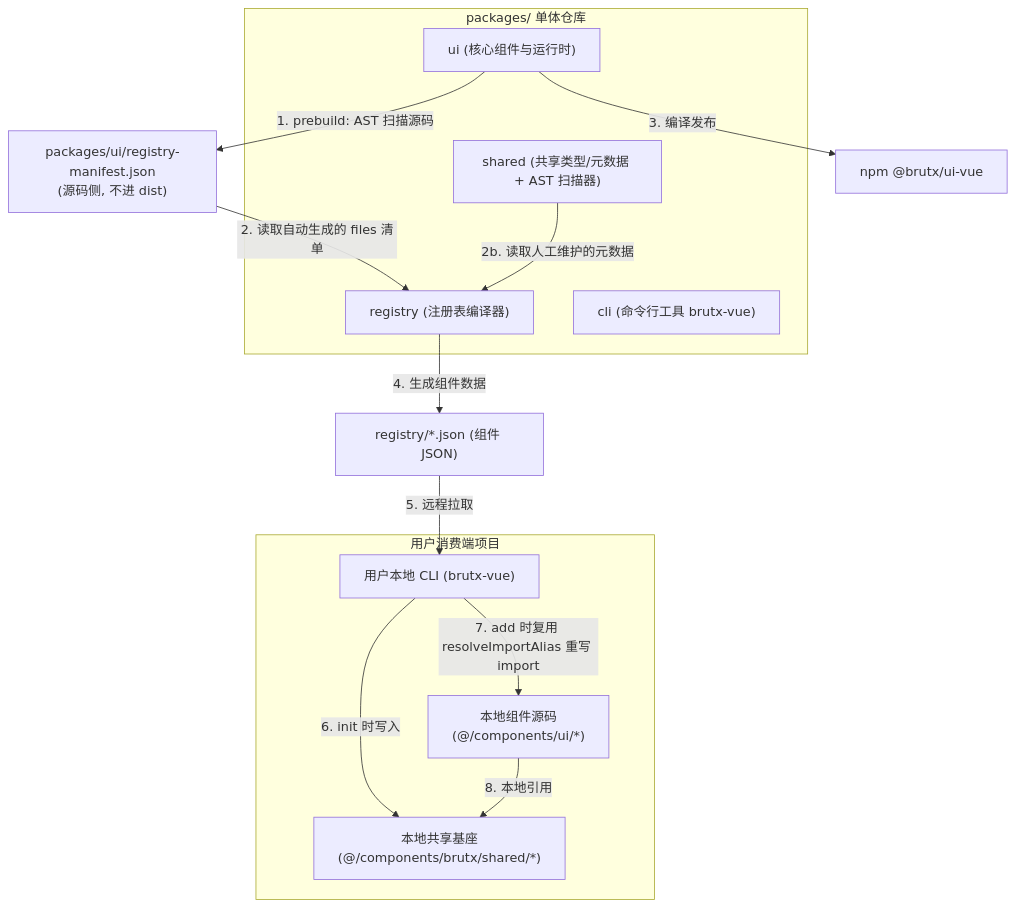
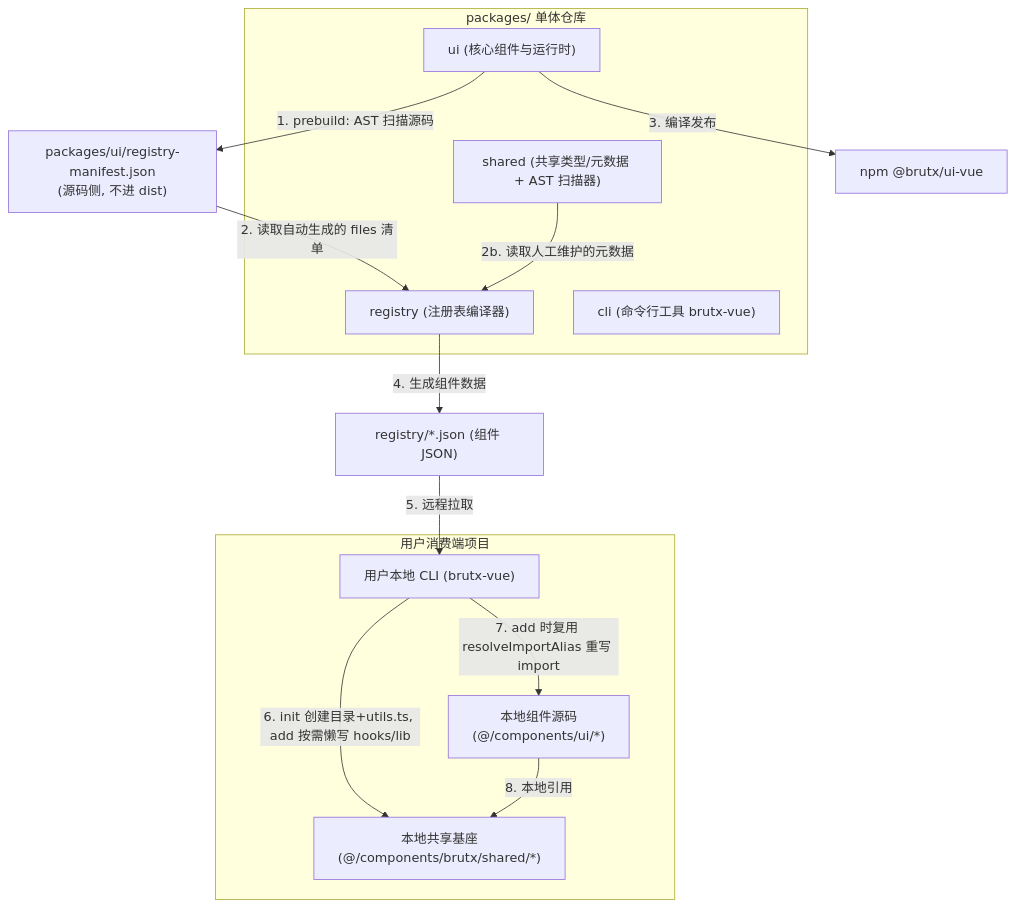
Before and after one commit to lidaixingchen/brutxui-vue3: the diagram in docs/ARCHITECTURE_OPTIMIZATION_PLAN.md, drawn with Mermaid. The commit also changed other lines of this file and 11 other files, not shown here.

````diff
--- a/docs/ARCHITECTURE_OPTIMIZATION_PLAN.md
+++ b/docs/ARCHITECTURE_OPTIMIZATION_PLAN.md
@@ -13,29 +13,29 @@
 ```mermaid
 graph TD
     %% 核心开发层
     subgraph Packages [packages/ 单体仓库]
         UI["ui (核心组件与运行时)"]
         Shared["shared (共享类型/元数据 + AST 扫描器)"]
         Registry["registry (注册表编译器)"]
         CLI["cli (命令行工具 brutx-vue)"]
     end
 
     %% 构建与分发
     UI -->|1. prebuild: AST 扫描源码| Manifest["packages/ui/registry-manifest.json<br/>(源码侧, 不进 dist)"]
     Manifest -->|2. 读取自动生成的 files 清单| Registry
     Shared -->|2b. 读取人工维护的元数据| Registry
     UI -->|3. 编译发布| NPM["npm @brutx/ui-vue"]
     Registry -->|4. 生成组件数据| RegistryJSONs["registry/*.json (组件 JSON)"]
 
     %% 用户项目层
     subgraph UserProject [用户消费端项目]
        UserCLI["用户本地 CLI (brutx-vue)"]
        UserShared["本地共享基座<br/>(@/components/brutx/shared/*)"]
        UserComponents["本地组件源码<br/>(@/components/ui/*)"]
     end
 
     RegistryJSONs -->|5. 远程拉取| UserCLI
-    UserCLI -->|6. init 时写入| UserShared
+    UserCLI -->|6. init 创建目录+utils.ts, add 按需懒写 hooks/lib| UserShared
     UserCLI -->|7. add 时复用 resolveImportAlias 重写 import| UserComponents
     UserComponents -->|8. 本地引用| UserShared
 ```
````
